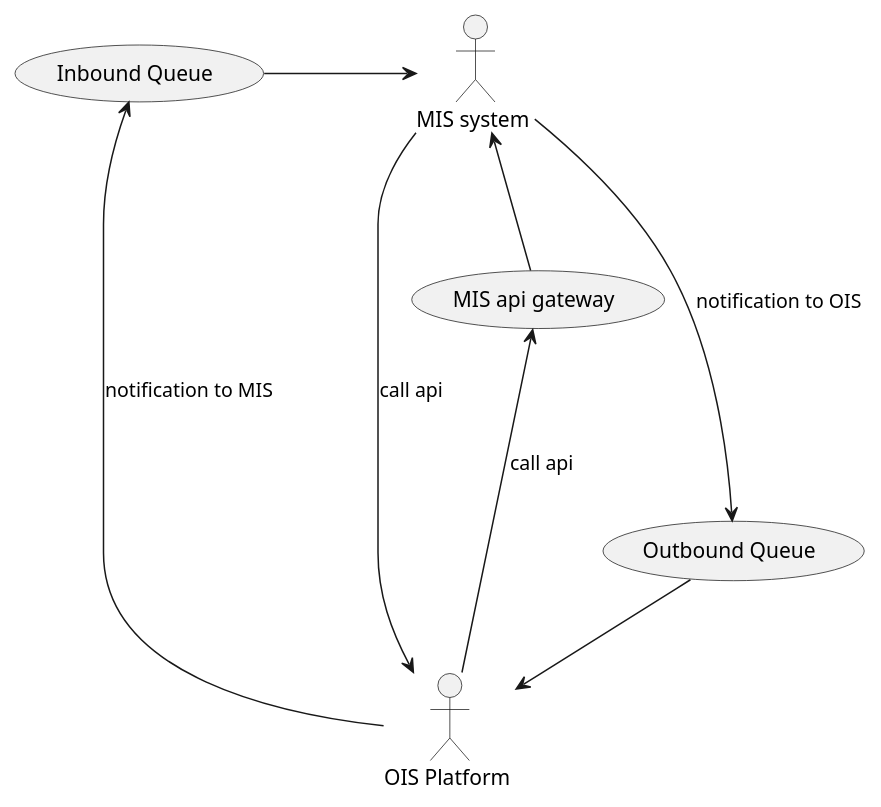
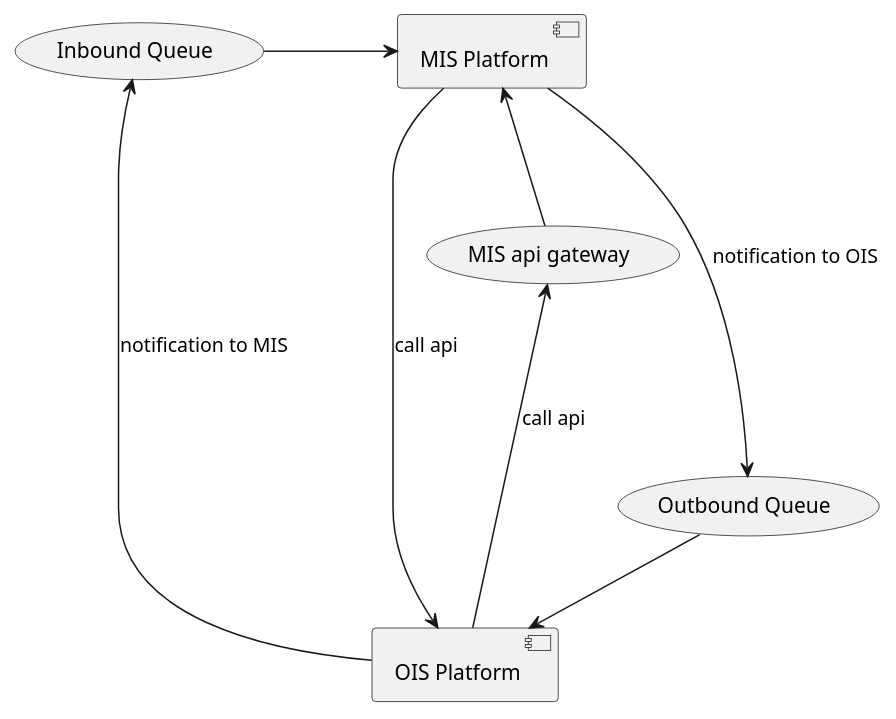
Before and after one commit to lionants02/mis-api-doc: the diagram in uml/api_gateway.plantuml, drawn with PlantUML. The commit also changed 18 other files, not shown here.

```diff
--- a/uml/api_gateway.plantuml
+++ b/uml/api_gateway.plantuml
@@ -1,20 +1,20 @@
 @startuml
-  :OIS Platform : as OIS
-  :MIS system : as MIS
+  "OIS Platform"  as [OIS]
+  "MIS Platform" as [MIS]
   : MIS api gateway : as (gateway)
 
   gateway <-- OIS : call api
   MIS <-- gateway
 
   : Outbound Queue : as (outbound)
   MIS ----> outbound : notification to OIS
 
   outbound --> OIS
 
   : Inbound Queue : as (inbound)
   OIS ----> inbound : notification to MIS
   inbound -> MIS
 
   MIS --> OIS : call api
 
 @enduml
```
